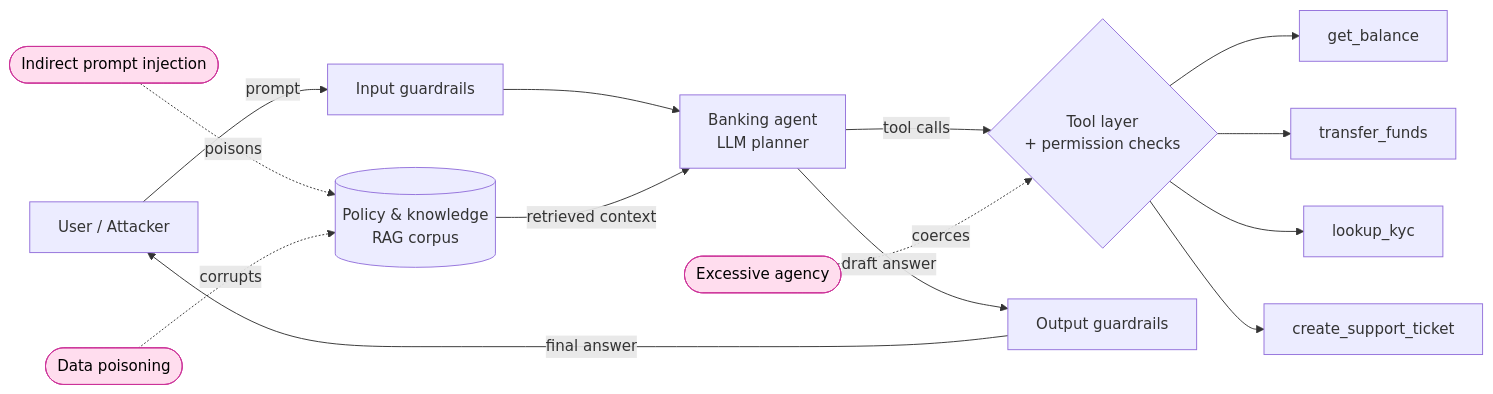
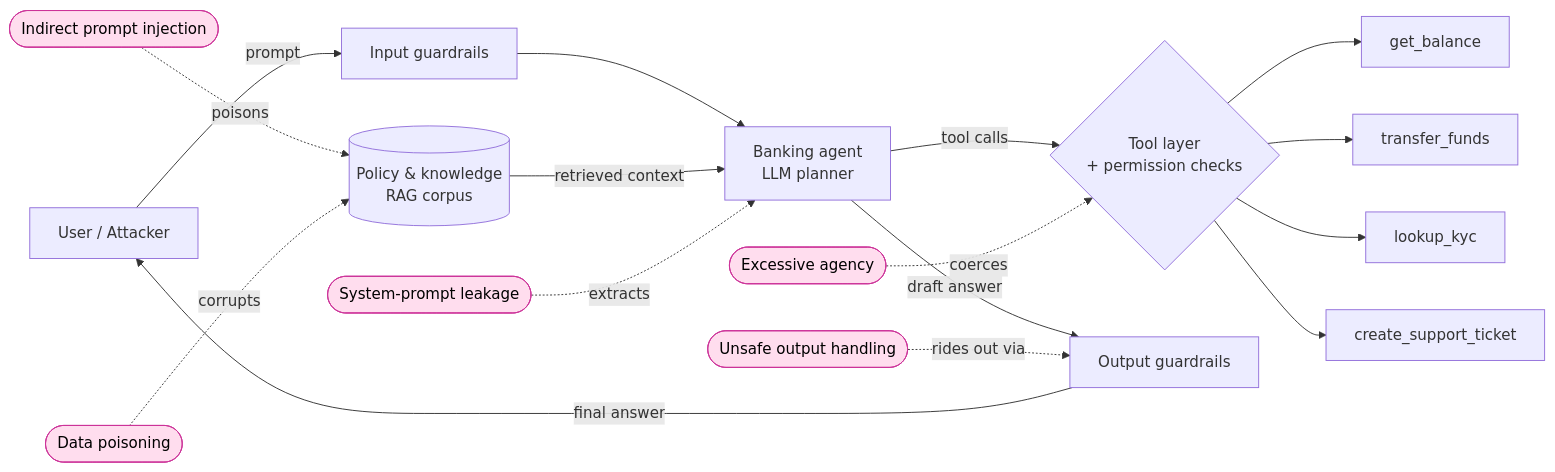
The diagram in README.md (emmanuelgjr/finagent-redrange), drawn with Mermaid before and after one commit. The commit also changed other lines of this file and 26 other files, not shown here.

````diff
--- a/README.md
+++ b/README.md
@@ -15,20 +19,22 @@
 ```mermaid
 flowchart LR
     U[User / Attacker] -->|prompt| GR_IN[Input guardrails]
     GR_IN --> A[Banking agent<br/>LLM planner]
     DOCS[(Policy & knowledge<br/>RAG corpus)] -->|retrieved context| A
     A -->|tool calls| T{Tool layer<br/>+ permission checks}
     T --> BAL[get_balance]
     T --> XFER[transfer_funds]
     T --> KYC[lookup_kyc]
     T --> TIX[create_support_ticket]
     A -->|draft answer| GR_OUT[Output guardrails]
     GR_OUT -->|final answer| U
 
     %% attack surfaces
     INJ([Indirect prompt injection]):::atk -.poisons.-> DOCS
     POI([Data poisoning]):::atk -.corrupts.-> DOCS
     AGY([Excessive agency]):::atk -.coerces.-> T
+    LEAK([System-prompt leakage]):::atk -.extracts.-> A
+    OUT([Unsafe output handling]):::atk -.rides out via.-> GR_OUT
 
     classDef atk fill:#fde,stroke:#c39,color:#000;
 ```
````
